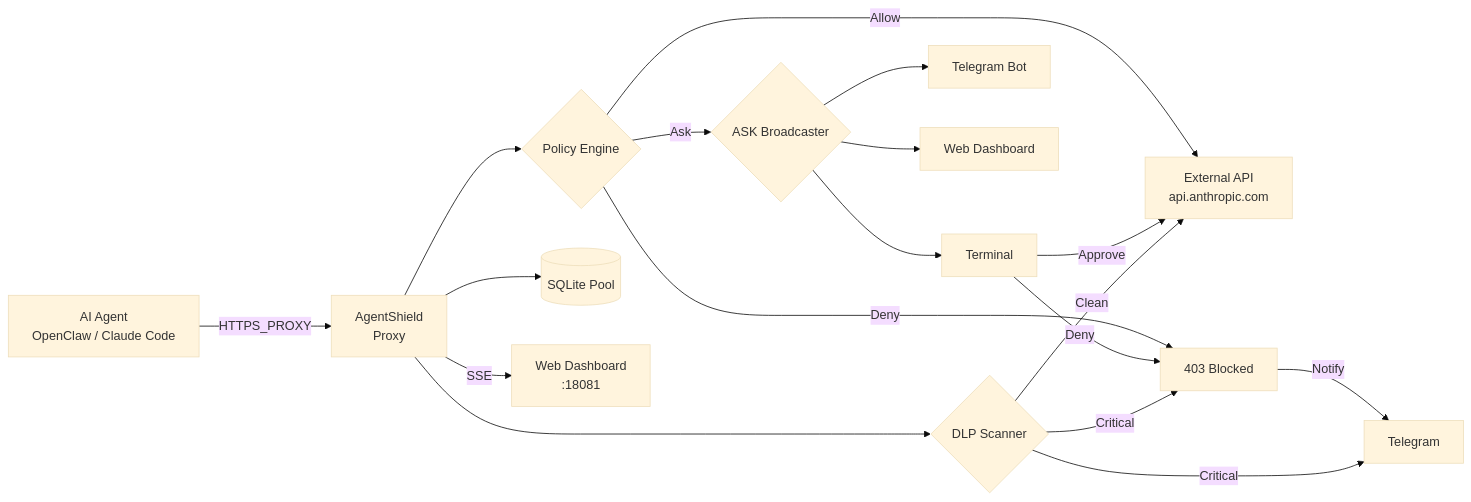
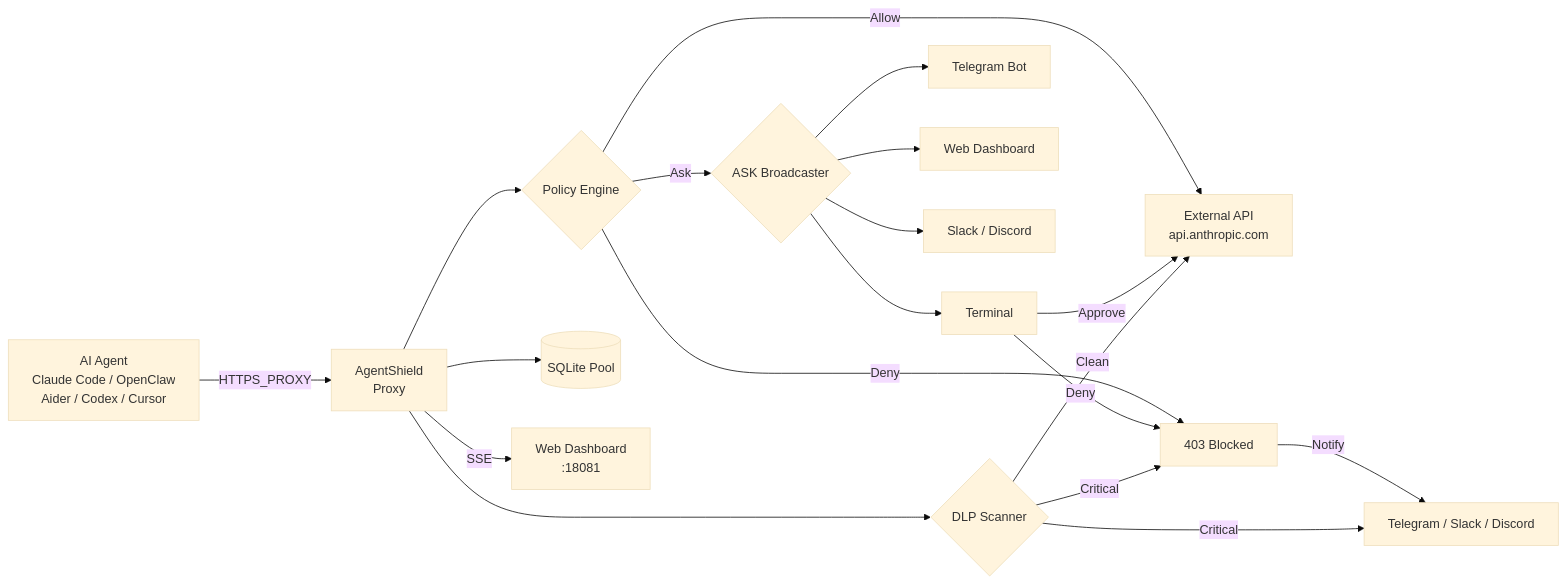
The diagram in README.md (kamuimk/agentshield), drawn with Mermaid (base theme) before and after one commit. The commit also changed other lines of this file and 2 other files, not shown here.

````diff
--- a/README.md
+++ b/README.md
@@ -15,20 +15,21 @@
 ```mermaid
 flowchart LR
-    A[AI Agent<br/>OpenClaw / Claude Code] -->|HTTPS_PROXY| B[AgentShield<br/>Proxy]
+    A[AI Agent<br/>Claude Code / OpenClaw<br/>Aider / Codex / Cursor] -->|HTTPS_PROXY| B[AgentShield<br/>Proxy]
     B --> C{Policy Engine}
     C -->|Allow| D[External API<br/>api.anthropic.com]
     C -->|Deny| E[403 Blocked]
     C -->|Ask| F{ASK Broadcaster}
     F --> F1[Terminal]
     F --> F2[Telegram Bot]
     F --> F3[Web Dashboard]
+    F --> F4[Slack / Discord]
     F1 -->|Approve| D
     F1 -->|Deny| E
     B --> G[(SQLite Pool)]
     B --> H{DLP Scanner}
     H -->|Critical| E
     H -->|Clean| D
-    E -->|Notify| I[Telegram]
+    E -->|Notify| I[Telegram / Slack / Discord]
     H -->|Critical| I
     B -->|SSE| J[Web Dashboard<br/>:18081]
 ```
````
